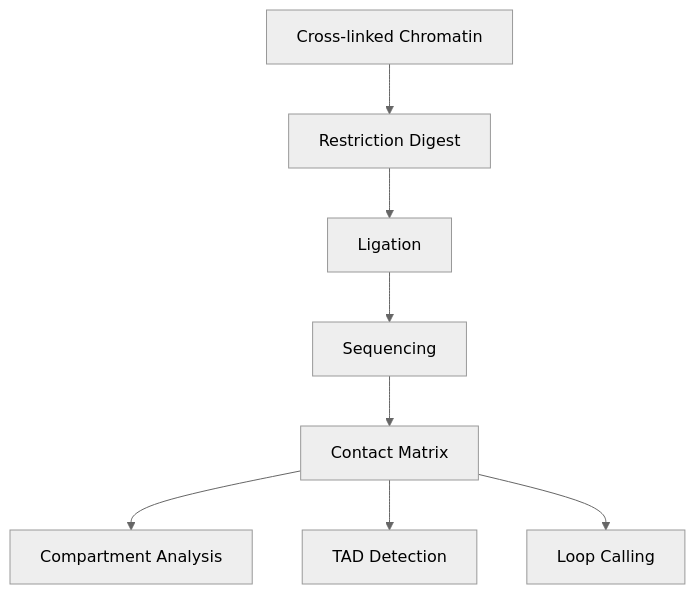
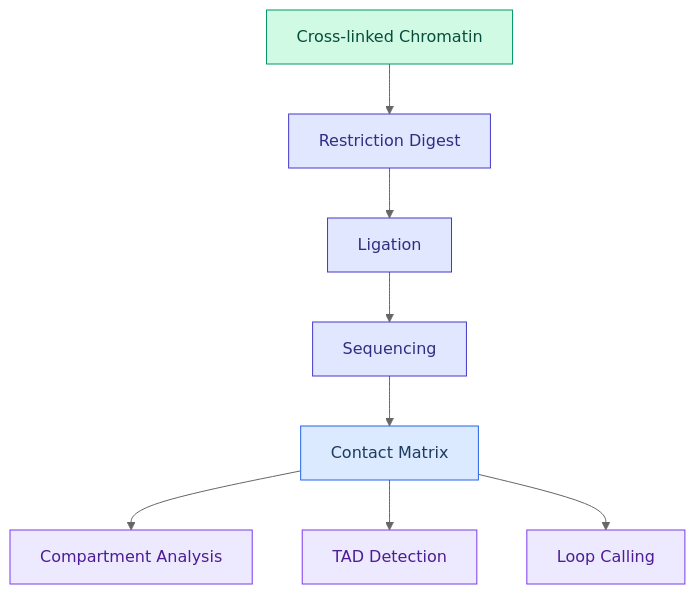
One commit to avitai/DiffBio changed the third of 3 diagrams in docs/examples/advanced/multiomics-integration.md. Above: the diagram before and after it, drawn with Mermaid (neutral theme). The commit also changed other lines of this file and 124 other files, not shown here.

````diff
--- a/docs/examples/advanced/multiomics-integration.md
+++ b/docs/examples/advanced/multiomics-integration.md
@@ -389,10 +410,19 @@
 ```mermaid
 graph TB
     A[Cross-linked Chromatin] --> B[Restriction Digest]
     B --> C[Ligation]
     C --> D[Sequencing]
     D --> E[Contact Matrix]
     E --> F[Compartment Analysis]
     E --> G[TAD Detection]
     E --> H[Loop Calling]
+
+    style A fill:#d1fae5,stroke:#059669,color:#064e3b
+    style B fill:#e0e7ff,stroke:#4338ca,color:#312e81
+    style C fill:#e0e7ff,stroke:#4338ca,color:#312e81
+    style D fill:#e0e7ff,stroke:#4338ca,color:#312e81
+    style E fill:#dbeafe,stroke:#2563eb,color:#1e3a5f
+    style F fill:#ede9fe,stroke:#7c3aed,color:#4c1d95
+    style G fill:#ede9fe,stroke:#7c3aed,color:#4c1d95
+    style H fill:#ede9fe,stroke:#7c3aed,color:#4c1d95
 ```
````
